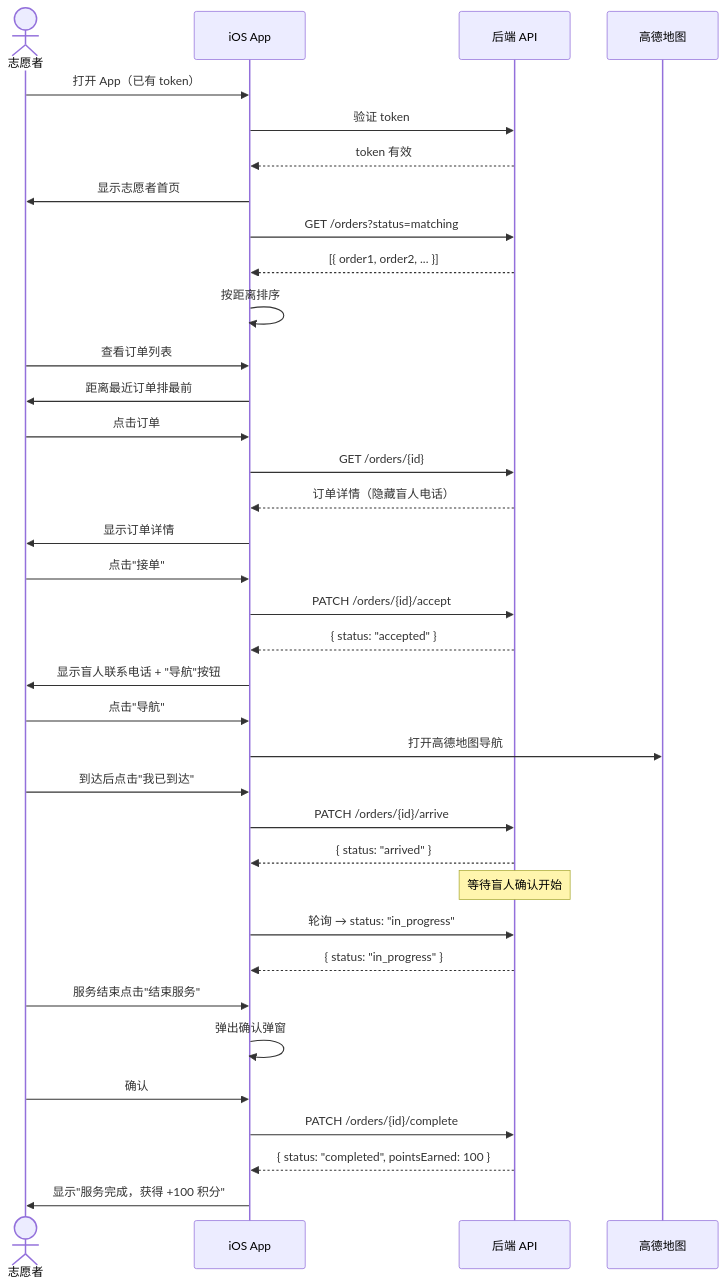
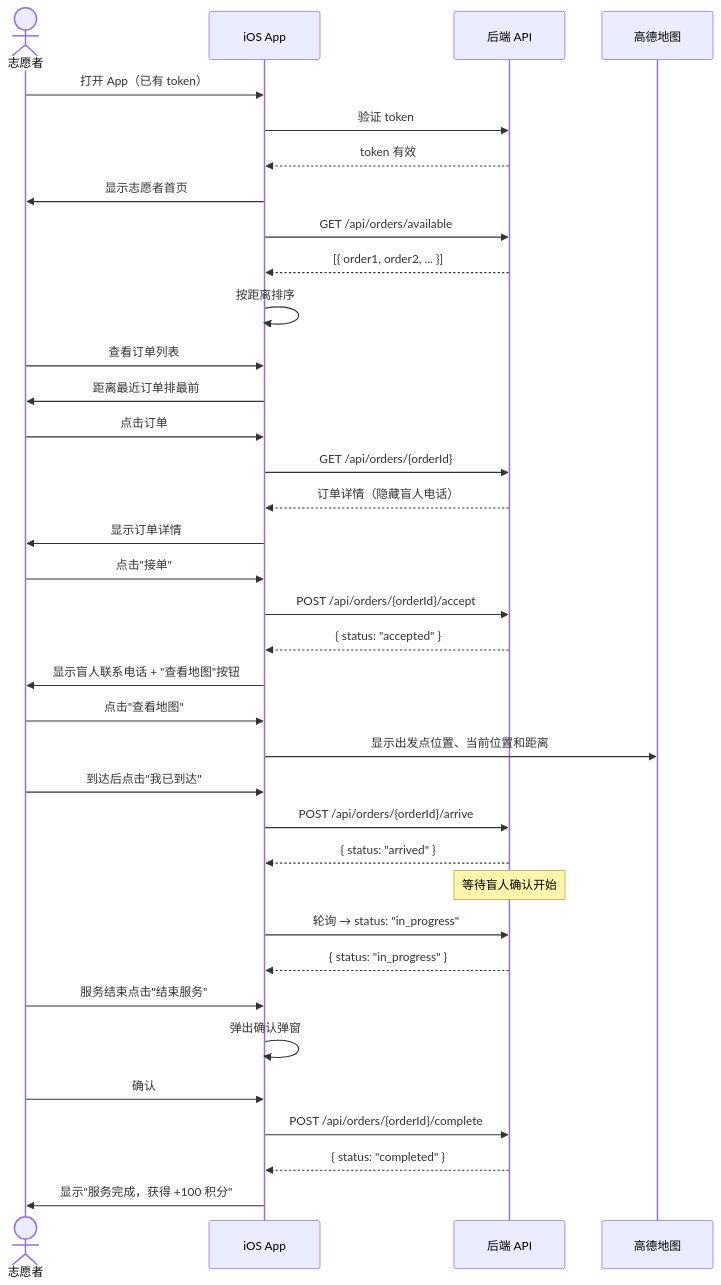
The fourth of 7 diagrams in docs/04-user-flows-and-state-machine.md (Jayden23018/blind-run-ios), drawn with Mermaid before and after one commit. The commit also changed other lines of this file and 8 other files, not shown here.

````diff
--- a/docs/04-user-flows-and-state-machine.md
+++ b/docs/04-user-flows-and-state-machine.md
@@ -184,47 +182,47 @@
 ```mermaid
 sequenceDiagram
     actor VOL as 志愿者
     participant App as iOS App
     participant API as 后端 API
     participant AMap as 高德地图
 
     VOL->>App: 打开 App（已有 token）
     App->>API: 验证 token
     API-->>App: token 有效
     App->>VOL: 显示志愿者首页
-    App->>API: GET /orders?status=matching
+    App->>API: GET /api/orders/available
     API-->>App: [{ order1, order2, ... }]
     App->>App: 按距离排序
 
     VOL->>App: 查看订单列表
     App->>VOL: 距离最近订单排最前
 
     VOL->>App: 点击订单
-    App->>API: GET /orders/{id}
+    App->>API: GET /api/orders/{orderId}
     API-->>App: 订单详情（隐藏盲人电话）
     App->>VOL: 显示订单详情
 
     VOL->>App: 点击"接单"
-    App->>API: PATCH /orders/{id}/accept
+    App->>API: POST /api/orders/{orderId}/accept
     API-->>App: { status: "accepted" }
-    App->>VOL: 显示盲人联系电话 + "导航"按钮
+    App->>VOL: 显示盲人联系电话 + "查看地图"按钮
 
-    VOL->>App: 点击"导航"
-    App->>AMap: 打开高德地图导航
+    VOL->>App: 点击"查看地图"
+    App->>AMap: 显示出发点位置、当前位置和距离
 
     VOL->>App: 到达后点击"我已到达"
-    App->>API: PATCH /orders/{id}/arrive
+    App->>API: POST /api/orders/{orderId}/arrive
     API-->>App: { status: "arrived" }
 
     Note over API: 等待盲人确认开始
 
     App->>API: 轮询 → status: "in_progress"
     API-->>App: { status: "in_progress" }
 
     VOL->>App: 服务结束点击"结束服务"
     App->>App: 弹出确认弹窗
     VOL->>App: 确认
-    App->>API: PATCH /orders/{id}/complete
-    API-->>App: { status: "completed", pointsEarned: 100 }
+    App->>API: POST /api/orders/{orderId}/complete
+    API-->>App: { status: "completed" }
     App->>VOL: 显示"服务完成，获得 +100 积分"
 ```
````
